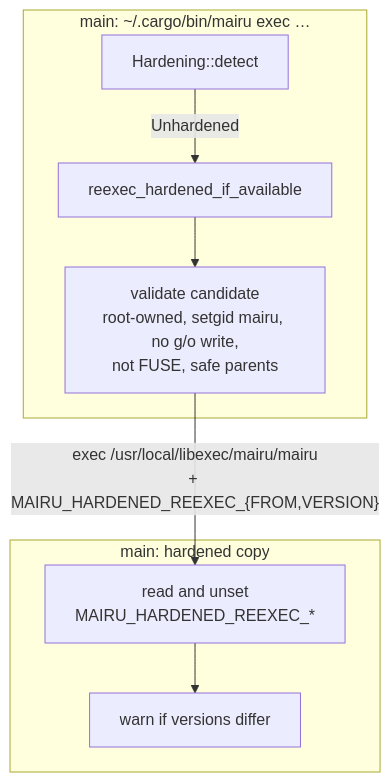
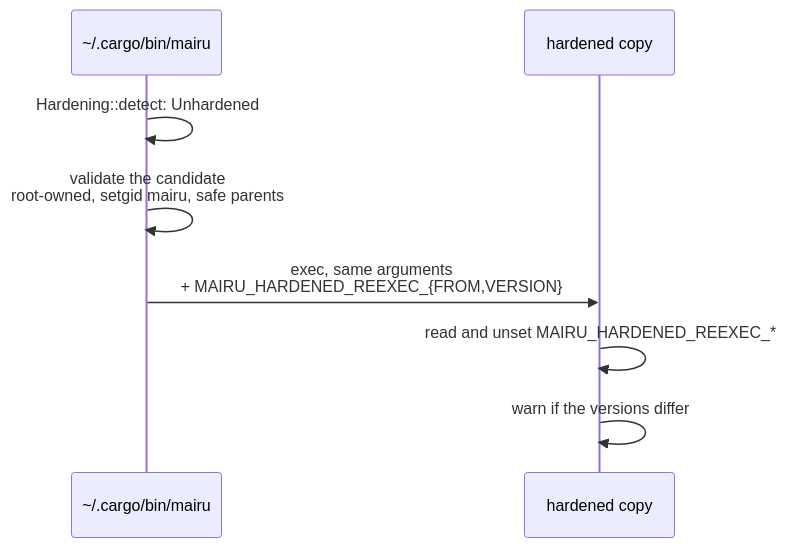
The third of 4 diagrams in docs/specs/005-install.md (sorah/mairu), drawn with Mermaid before and after one commit. The commit also changed other lines of this file and 17 other files, not shown here.

First line of the commit message:
docs/specs: rework diagrams and helper locations

````diff
--- a/docs/specs/005-install.md
+++ b/docs/specs/005-install.md
@@ -83,11 +97,10 @@
 ```mermaid
-flowchart TB
-  subgraph user["main: ~/.cargo/bin/mairu exec …"]
-    D["Hardening::detect"] -- "Unhardened" --> R["reexec_hardened_if_available"]
-    R --> V["validate candidate<br/>root-owned, setgid mairu, no g/o write,<br/>not FUSE, safe parents"]
-  end
-  subgraph hard["main: hardened copy"]
-    U["read and unset<br/>MAIRU_HARDENED_REEXEC_*"] --> W["warn if versions differ"]
-  end
-  V -- "exec /usr/local/libexec/mairu/mairu<br/>+ MAIRU_HARDENED_REEXEC_{FROM,VERSION}" --> U
+sequenceDiagram
+  participant U as ~/.cargo/bin/mairu
+  participant H as hardened copy
+  U->>U: Hardening::detect: Unhardened
+  U->>U: validate the candidate<br/>root-owned, setgid mairu, safe parents
+  U->>H: exec, same arguments<br/>+ MAIRU_HARDENED_REEXEC_{FROM,VERSION}
+  H->>H: read and unset MAIRU_HARDENED_REEXEC_*
+  H->>H: warn if the versions differ
 ```
````
